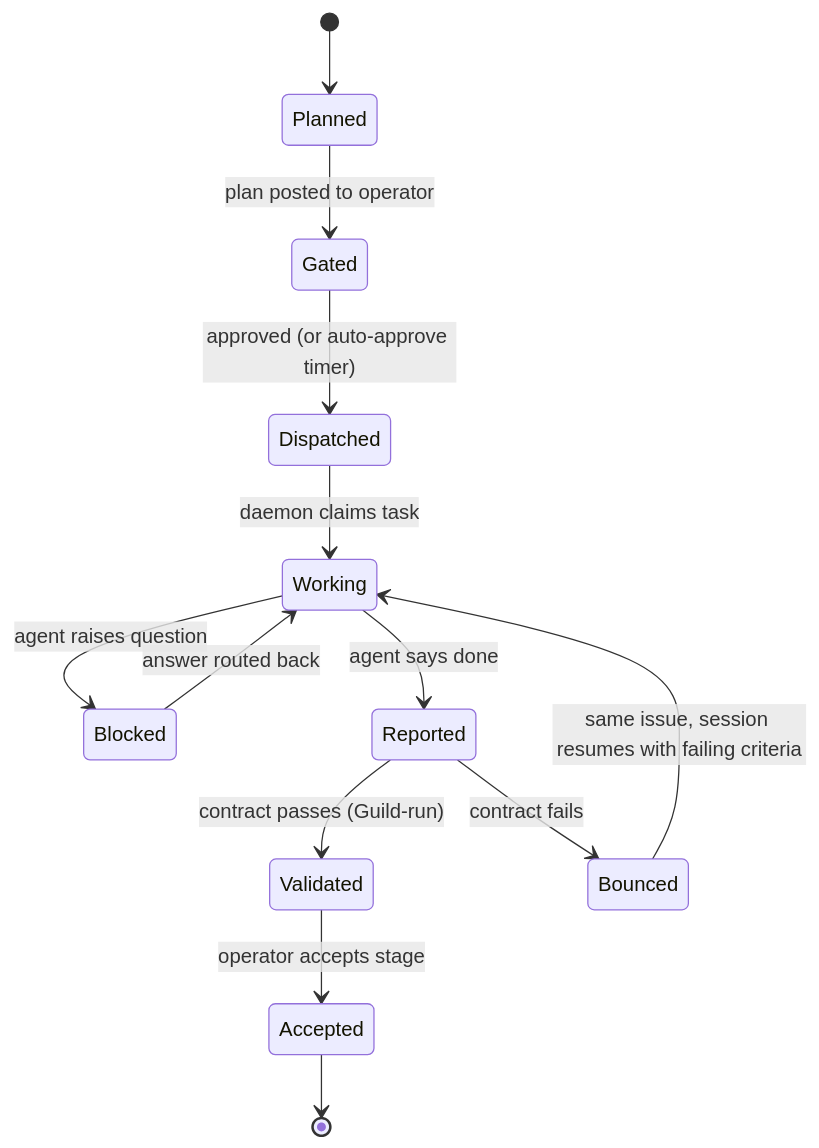
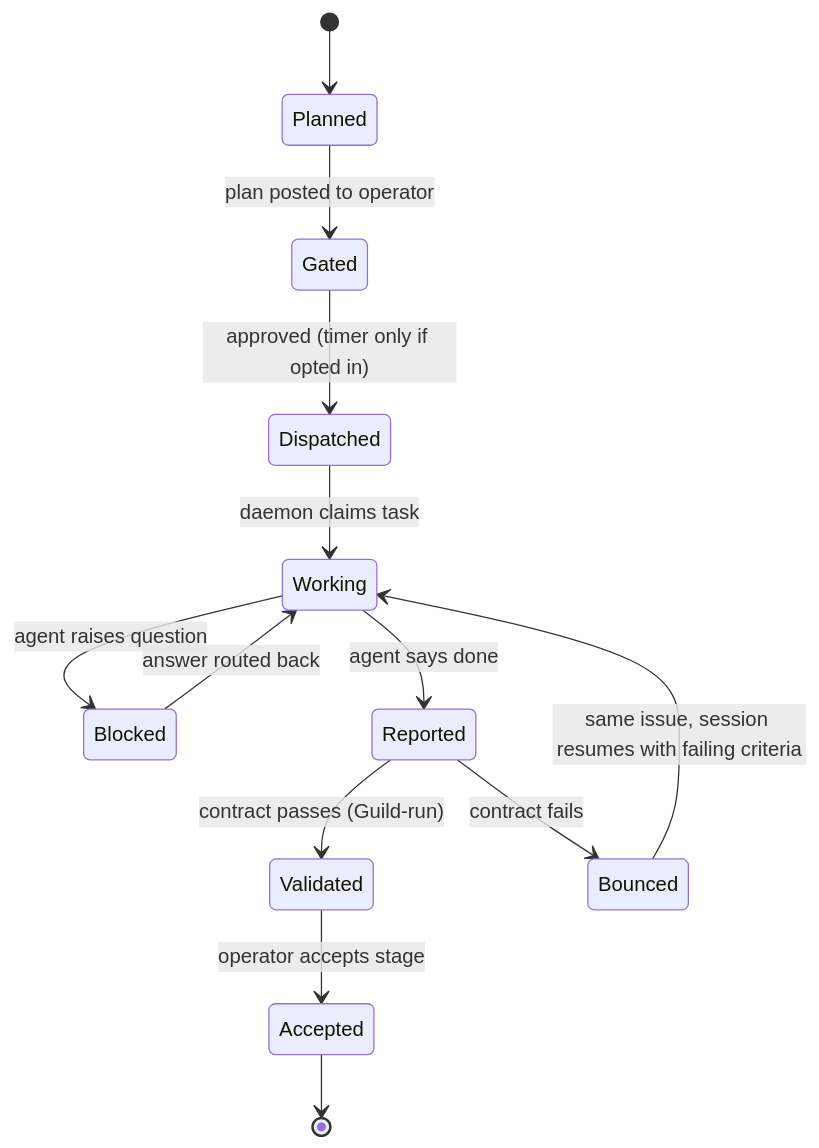
One commit to maacarbo/guild changed the third of 8 diagrams in docs/OVERVIEW.md. Above: the diagram before and after it, drawn with Mermaid. The commit also changed other lines of this file and 8 other files, not shown here.

````diff
--- a/docs/OVERVIEW.md
+++ b/docs/OVERVIEW.md
@@ -94,15 +94,15 @@
 ```mermaid
 stateDiagram-v2
     [*] --> Planned
     Planned --> Gated: plan posted to operator
-    Gated --> Dispatched: approved (or auto-approve timer)
+    Gated --> Dispatched: approved (timer only if opted in)
     Dispatched --> Working: daemon claims task
     Working --> Blocked: agent raises question
     Blocked --> Working: answer routed back
     Working --> Reported: agent says done
     Reported --> Validated: contract passes (Guild-run)
     Reported --> Bounced: contract fails
     Bounced --> Working: same issue, session resumes with failing criteria
     Validated --> Accepted: operator accepts stage
     Accepted --> [*]
 ```
````
